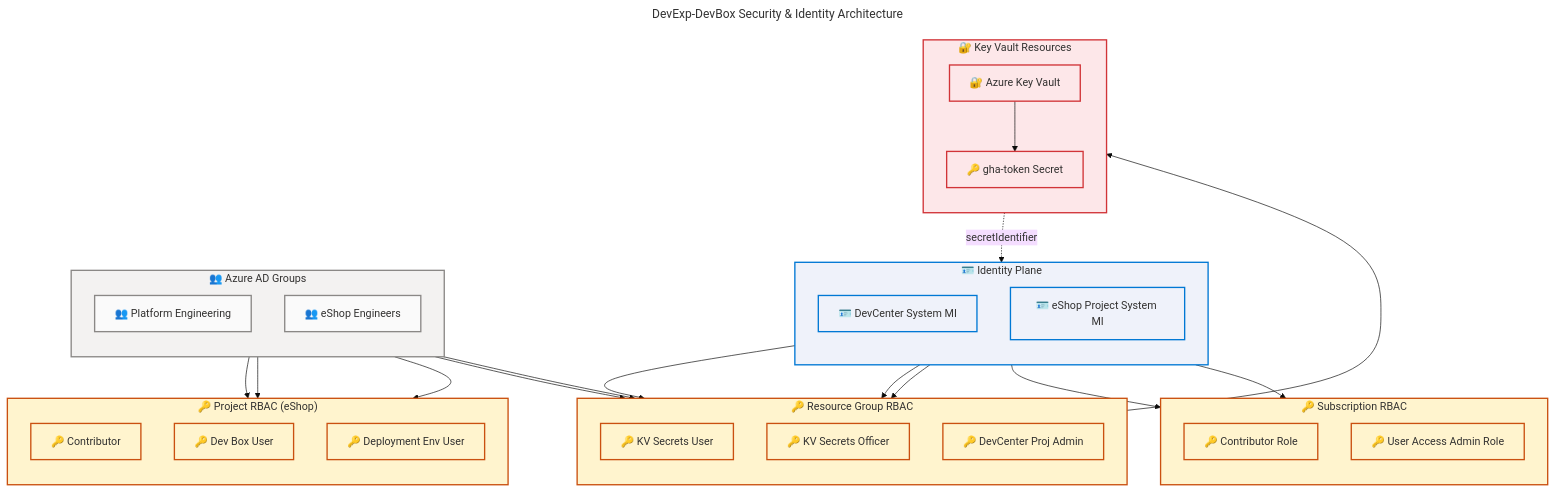
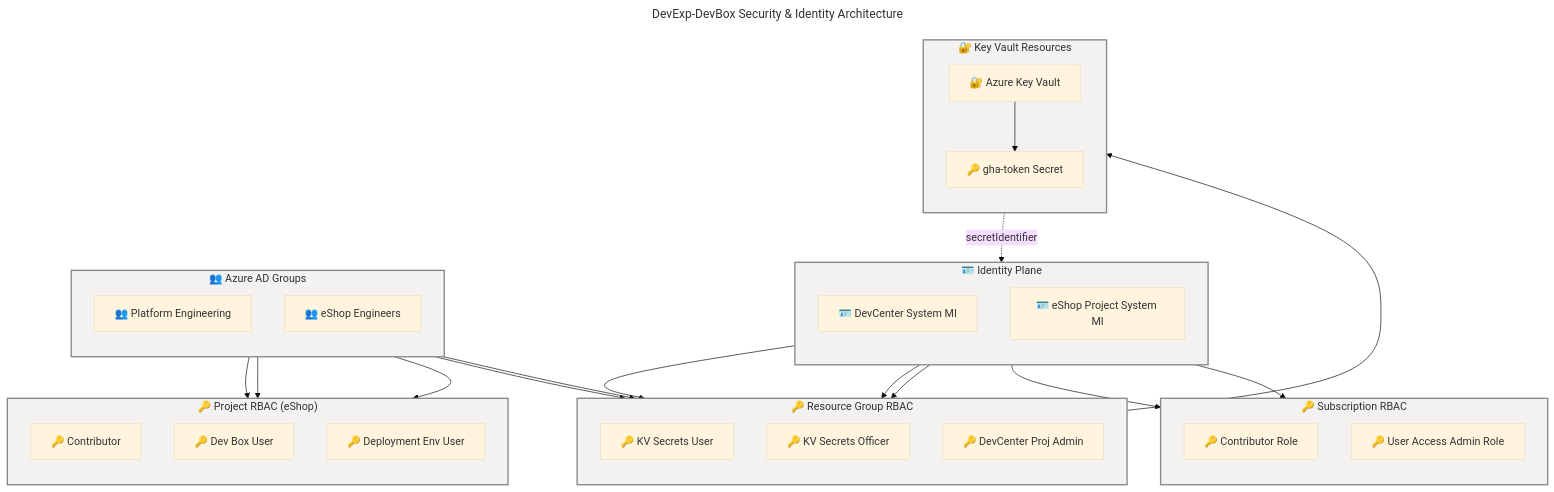
Before and after one commit to Evilazaro/DevExp-DevBox: the third of 8 diagrams in docs/architecture/tech-arch.md, drawn with Mermaid. The commit also changed other lines of this file, not shown here.

Commit message:
Refactor technology architecture diagram styles for improved clarity and consistency

````diff
--- a/docs/architecture/tech-arch.md
+++ b/docs/architecture/tech-arch.md
@@ -853,15 +853,15 @@
     PROJ_MI --> KV_USER_ROLE
     GHA_TOKEN -.->|"secretIdentifier"| PROJ_MI
 
-    style IDENT fill:#EFF2FA,stroke:#0078D4,stroke-width:2px,color:#323130
-    style RBAC_SUB fill:#FFF4CE,stroke:#CA5010,stroke-width:2px,color:#323130
-    style RBAC_RG fill:#FFF4CE,stroke:#CA5010,stroke-width:2px,color:#323130
-    style RBAC_PROJ fill:#FFF4CE,stroke:#CA5010,stroke-width:2px,color:#323130
+    style IDENT fill:#F3F2F1,stroke:#8A8886,stroke-width:2px,color:#323130
+    style RBAC_SUB fill:#F3F2F1,stroke:#8A8886,stroke-width:2px,color:#323130
+    style RBAC_RG fill:#F3F2F1,stroke:#8A8886,stroke-width:2px,color:#323130
+    style RBAC_PROJ fill:#F3F2F1,stroke:#8A8886,stroke-width:2px,color:#323130
     style AADGROUPS fill:#F3F2F1,stroke:#8A8886,stroke-width:2px,color:#323130
-    style KV_RESOURCES fill:#FDE7E9,stroke:#D13438,stroke-width:2px,color:#323130
+    style KV_RESOURCES fill:#F3F2F1,stroke:#8A8886,stroke-width:2px,color:#323130
 
-    classDef identity fill:#EFF2FA,stroke:#0078D4,stroke-width:2px,color:#323130
-    classDef security fill:#FFF4CE,stroke:#CA5010,stroke-width:2px,color:#323130
-    classDef external fill:#FAFAFA,stroke:#8A8886,stroke-width:2px,color:#323130
-    classDef kvault fill:#FDE7E9,stroke:#D13438,stroke-width:2px,color:#323130
+    classDef neutral  fill:#FAFAFA,stroke:#8A8886,stroke-width:2px,color:#323130
+    classDef core     fill:#EFF6FC,stroke:#0078D4,stroke-width:2px,color:#323130
+    classDef warning  fill:#FFF4CE,stroke:#FFB900,stroke-width:2px,color:#323130
+    classDef danger   fill:#FDE7E9,stroke:#D13438,stroke-width:2px,color:#323130
 ```
````
